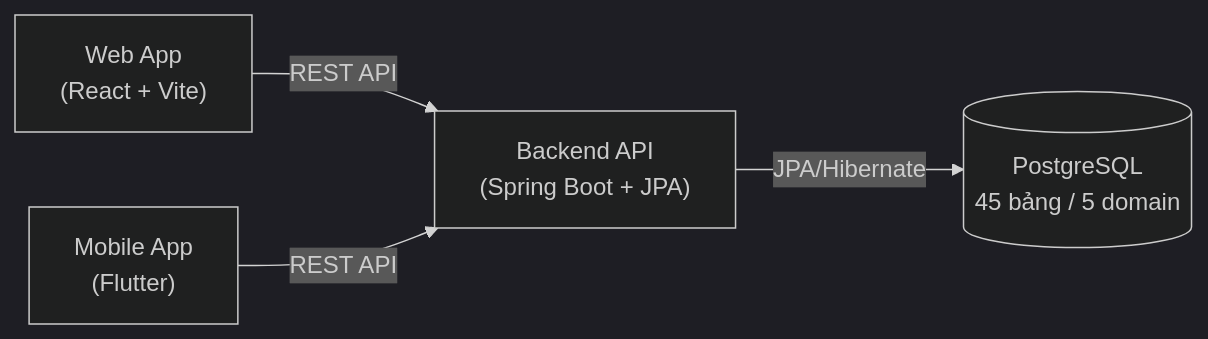
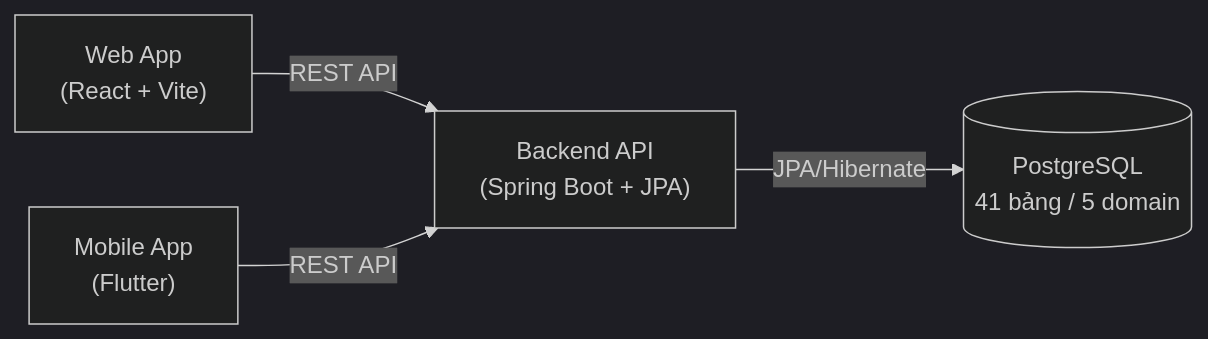
Before and after one commit to KhanhChung2k5/Shopee: diagram 11 of 11 in docs/project-overview.md, drawn with Mermaid (dark theme). The commit also changed other lines of this file and 1 other file, not shown here.

Commit message:
update db diagram v2

````diff
--- a/docs/project-overview.md
+++ b/docs/project-overview.md
@@ -373,11 +376,11 @@
 ```mermaid
 graph LR
     WEB["Web App<br/>(React + Vite)"]
     APP["Mobile App<br/>(Flutter)"]
     API["Backend API<br/>(Spring Boot + JPA)"]
-    DB[("PostgreSQL<br/>45 bảng / 5 domain")]
+    DB[("PostgreSQL<br/>41 bảng / 5 domain")]
 
     WEB -->|REST API| API
     APP -->|REST API| API
     API -->|JPA/Hibernate| DB
 ```
````
